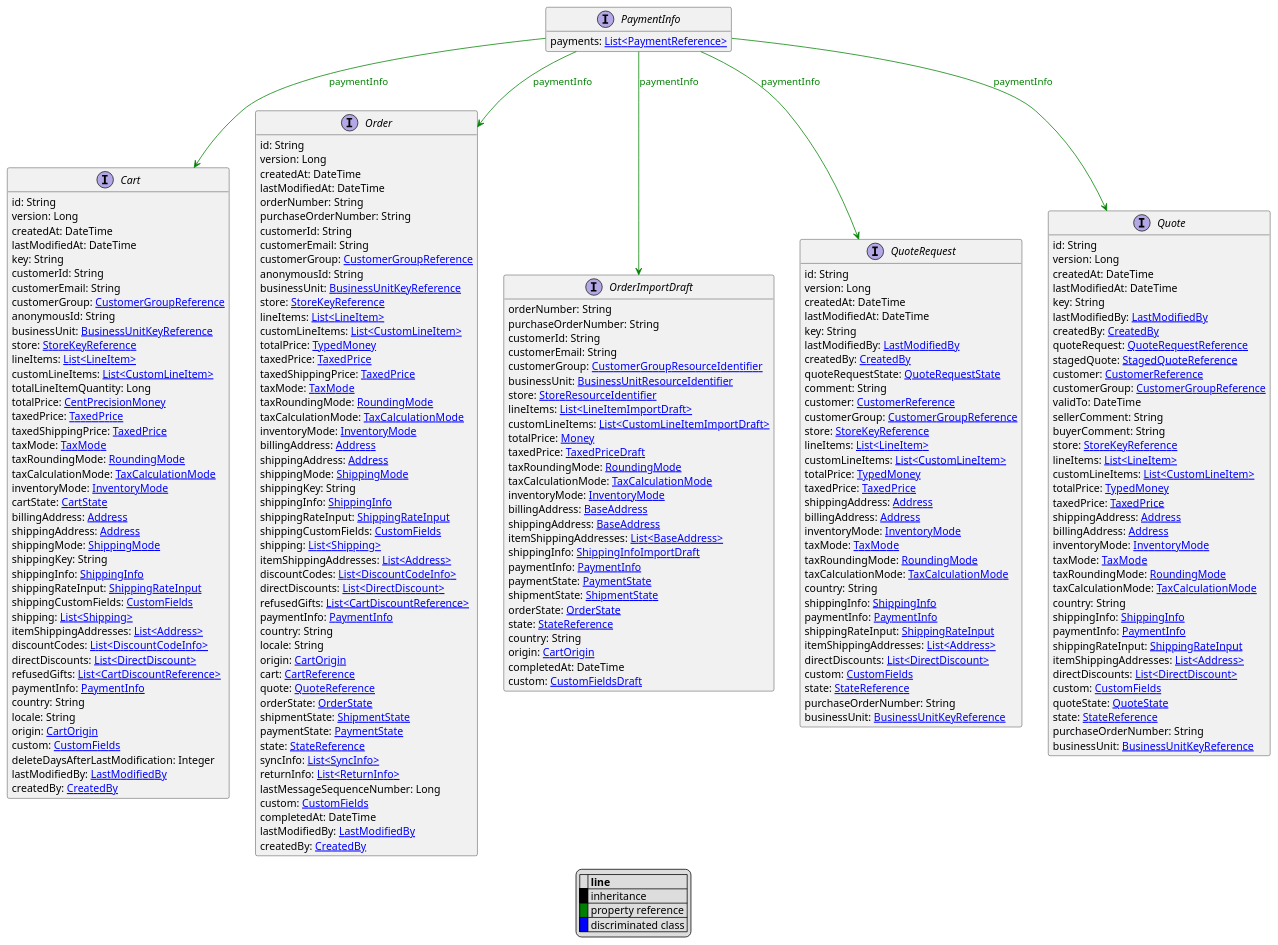
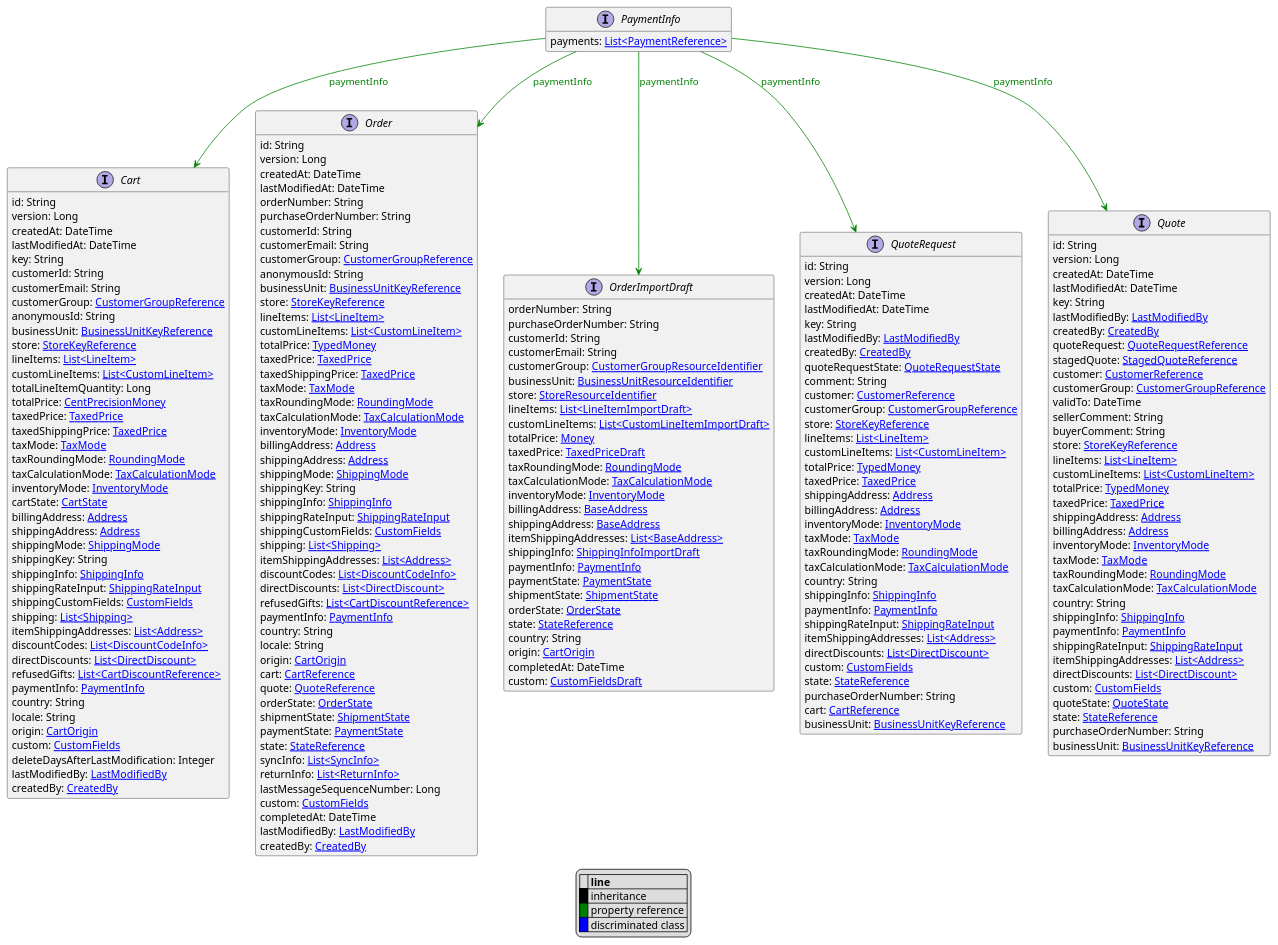
One commit to commercetools/commercetools-api-reference changed the diagram in uml/api/PaymentInfo.puml. Above: the diagram before and after it, drawn with PlantUML. The commit also changed 50 other files, not shown here.

```diff
--- a/uml/api/PaymentInfo.puml
+++ b/uml/api/PaymentInfo.puml
@@ -171,6 +171,7 @@
     custom: [[CustomFields.svg CustomFields]]
     state: [[StateReference.svg StateReference]]
     purchaseOrderNumber: String
+    cart: [[CartReference.svg CartReference]]
     businessUnit: [[BusinessUnitKeyReference.svg BusinessUnitKeyReference]]
 }
 interface Quote [[Quote.svg]]  {
```
